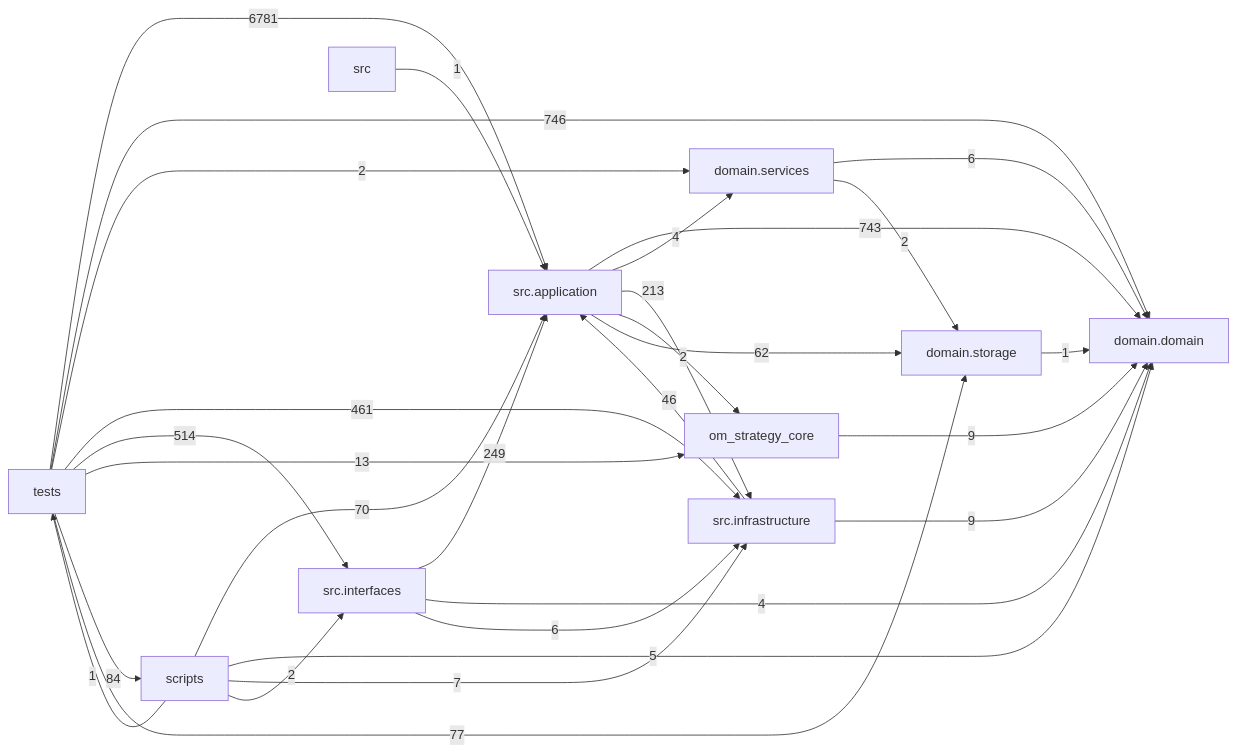
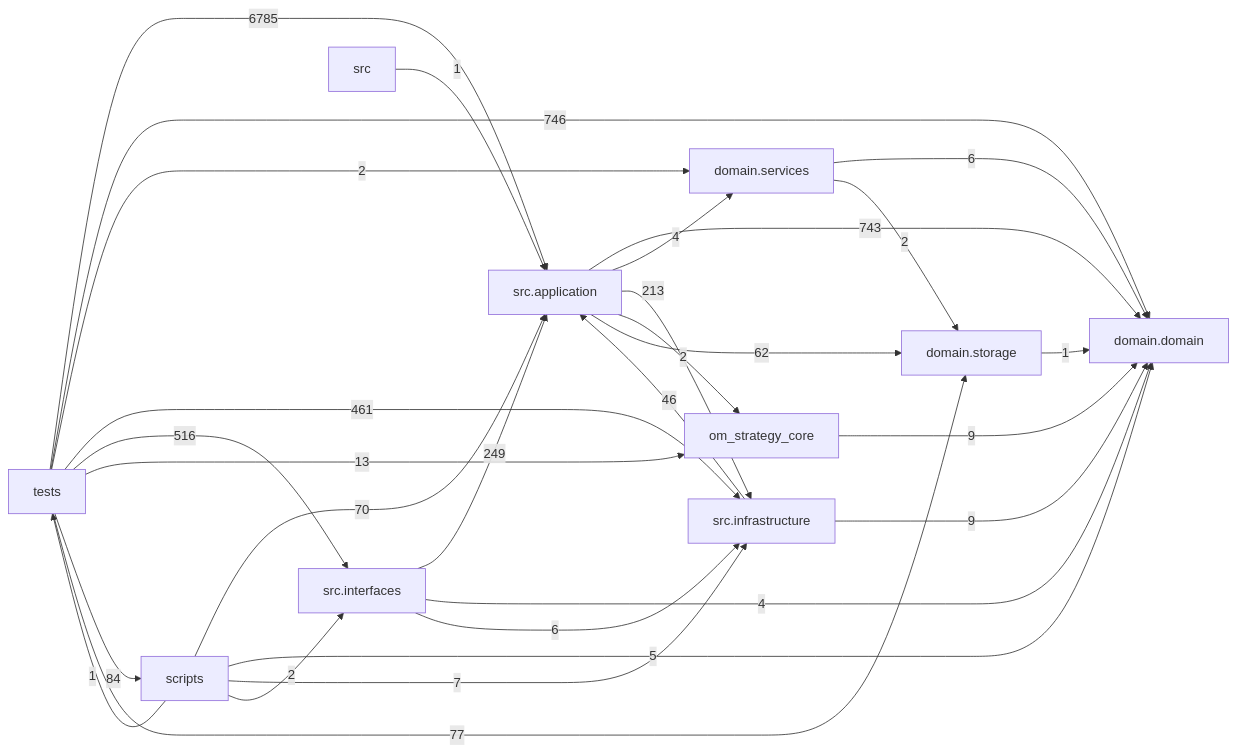
The diagram in docs/DEPENDENCY_GRAPH.md (liuxie066/options-monitor), drawn with Mermaid before and after one commit. The commit also changed other lines of this file, not shown here.

Commit message:
docs(deps): regenerate dependency graph for report delivery tests

````diff
--- a/docs/DEPENDENCY_GRAPH.md
+++ b/docs/DEPENDENCY_GRAPH.md
@@ -24,39 +24,39 @@
 ```mermaid
 flowchart LR
   tests["tests"]
   scripts["scripts"]
   interfaces["src.interfaces"]
   application["src.application"]
   infrastructure["src.infrastructure"]
   domain_services["domain.services"]
   domain["domain.domain"]
   storage["domain.storage"]
   application -->|743| domain
   application -->|4| domain_services
   application -->|213| infrastructure
   application -->|2| om_strategy_core
   application -->|62| storage
   domain_services -->|6| domain
   domain_services -->|2| storage
   infrastructure -->|46| application
   infrastructure -->|9| domain
   interfaces -->|249| application
   interfaces -->|4| domain
   interfaces -->|6| infrastructure
   om_strategy_core -->|9| domain
   scripts -->|70| application
   scripts -->|5| domain
   scripts -->|7| infrastructure
   scripts -->|2| interfaces
   scripts -->|1| tests
   src -->|1| application
   storage -->|1| domain
-  tests -->|6781| application
+  tests -->|6785| application
   tests -->|746| domain
   tests -->|2| domain_services
   tests -->|461| infrastructure
-  tests -->|514| interfaces
+  tests -->|516| interfaces
   tests -->|13| om_strategy_core
   tests -->|84| scripts
   tests -->|77| storage
 ```
````
